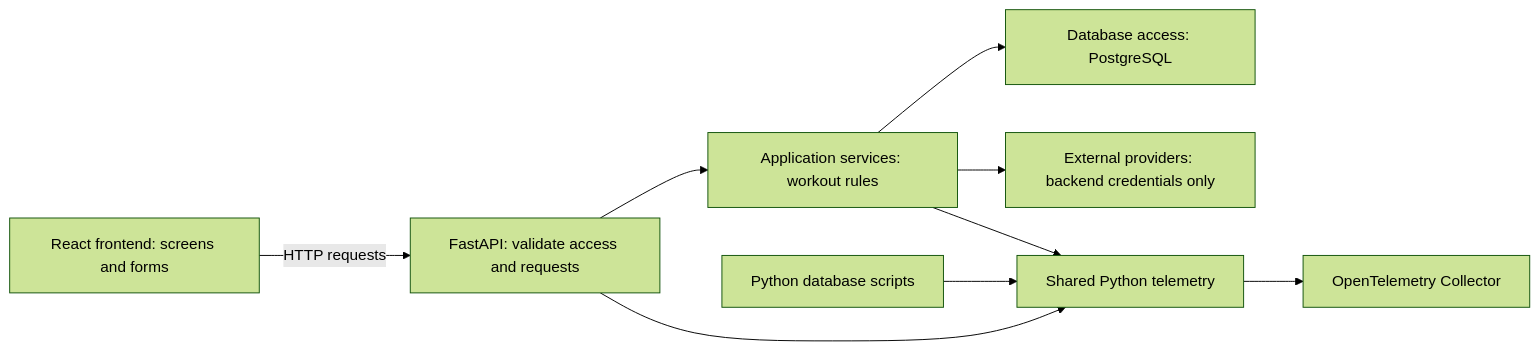
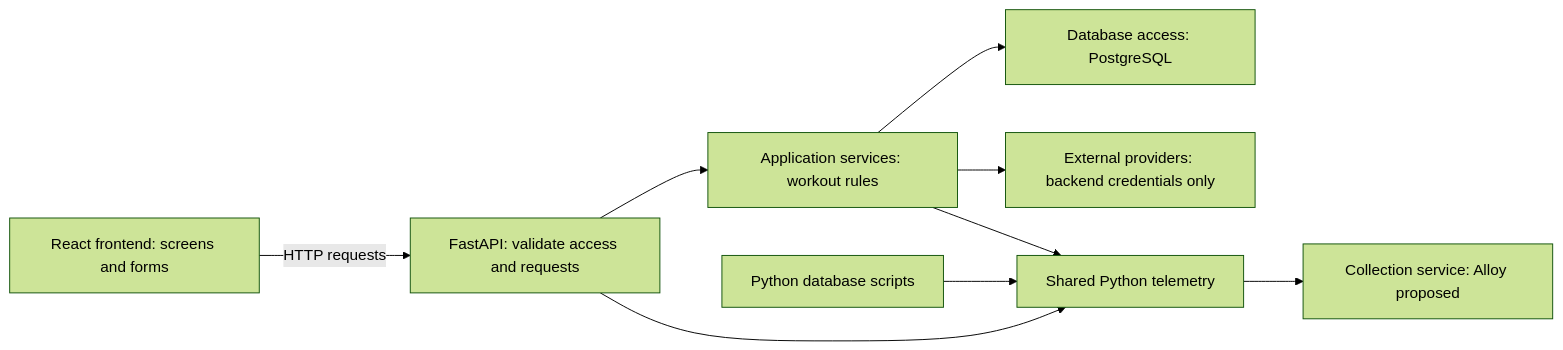
The diagram in docs/architecture/overview.md (dhaval-mistry/unshaken-smart-coach), drawn with Mermaid (forest theme) before and after one commit. The commit also changed other lines of this file and 8 other files, not shown here.

````diff
--- a/docs/architecture/overview.md
+++ b/docs/architecture/overview.md
@@ -23,11 +27,11 @@
 ```mermaid
 flowchart LR
     UI["React frontend: screens and forms"] -->|"HTTP requests"| API["FastAPI: validate access and requests"]
     API --> Service["Application services: workout rules"]
     Service --> DB["Database access: PostgreSQL"]
     Service --> Provider["External providers: backend credentials only"]
     API --> Telemetry["Shared Python telemetry"]
     Service --> Telemetry
     Script["Python database scripts"] --> Telemetry
-    Telemetry --> Collector["OpenTelemetry Collector"]
+    Telemetry --> Alloy["Collection service: Alloy proposed"]
 ```
````
